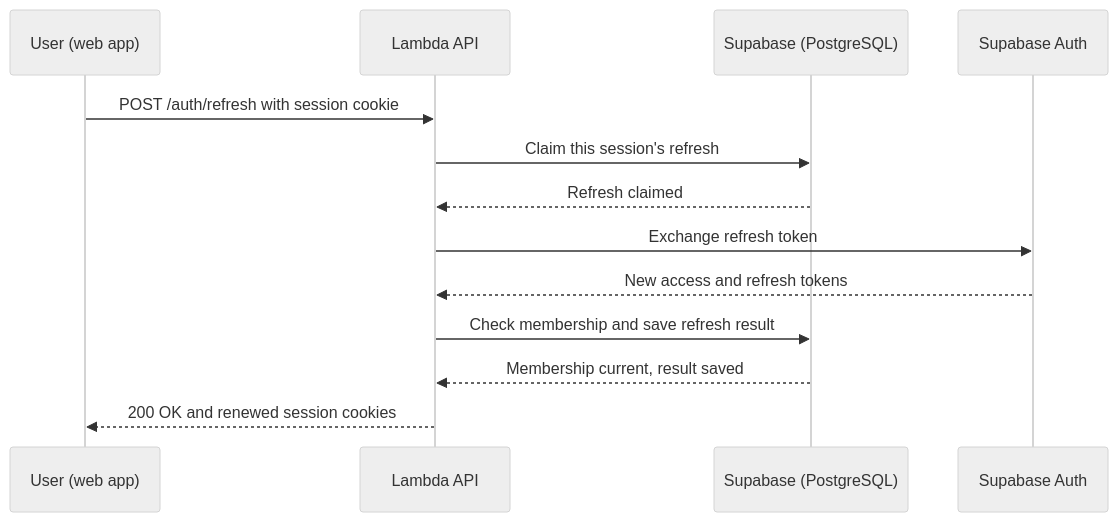
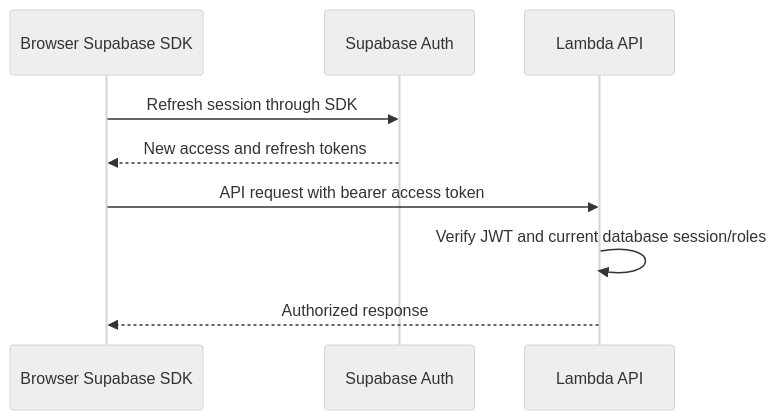
One commit to h4rf4ng8/NAPL-PSO-App changed the diagram in docs/session-refresh.mmd. Above: the diagram before and after it, drawn with Mermaid (neutral theme). The commit also changed 95 other files, not shown here.

Commit message:
Use direct Lambda access with Supabase browser authentication

```diff
--- a/docs/session-refresh.mmd
+++ b/docs/session-refresh.mmd
@@ -1,13 +1,9 @@
 sequenceDiagram
-    participant User as User (web app)
-    participant API as Lambda API
-    participant DB as Supabase (PostgreSQL)
-    participant Auth as Supabase Auth
-    User->>API: POST /auth/refresh with session cookie
-    API->>DB: Claim this session's refresh
-    DB-->>API: Refresh claimed
-    API->>Auth: Exchange refresh token
-    Auth-->>API: New access and refresh tokens
-    API->>DB: Check membership and save refresh result
-    DB-->>API: Membership current, result saved
-    API-->>User: 200 OK and renewed session cookies
+  participant B as Browser Supabase SDK
+  participant A as Supabase Auth
+  participant L as Lambda API
+  B->>A: Refresh session through SDK
+  A-->>B: New access and refresh tokens
+  B->>L: API request with bearer access token
+  L->>L: Verify JWT and current database session/roles
+  L-->>B: Authorized response
```
